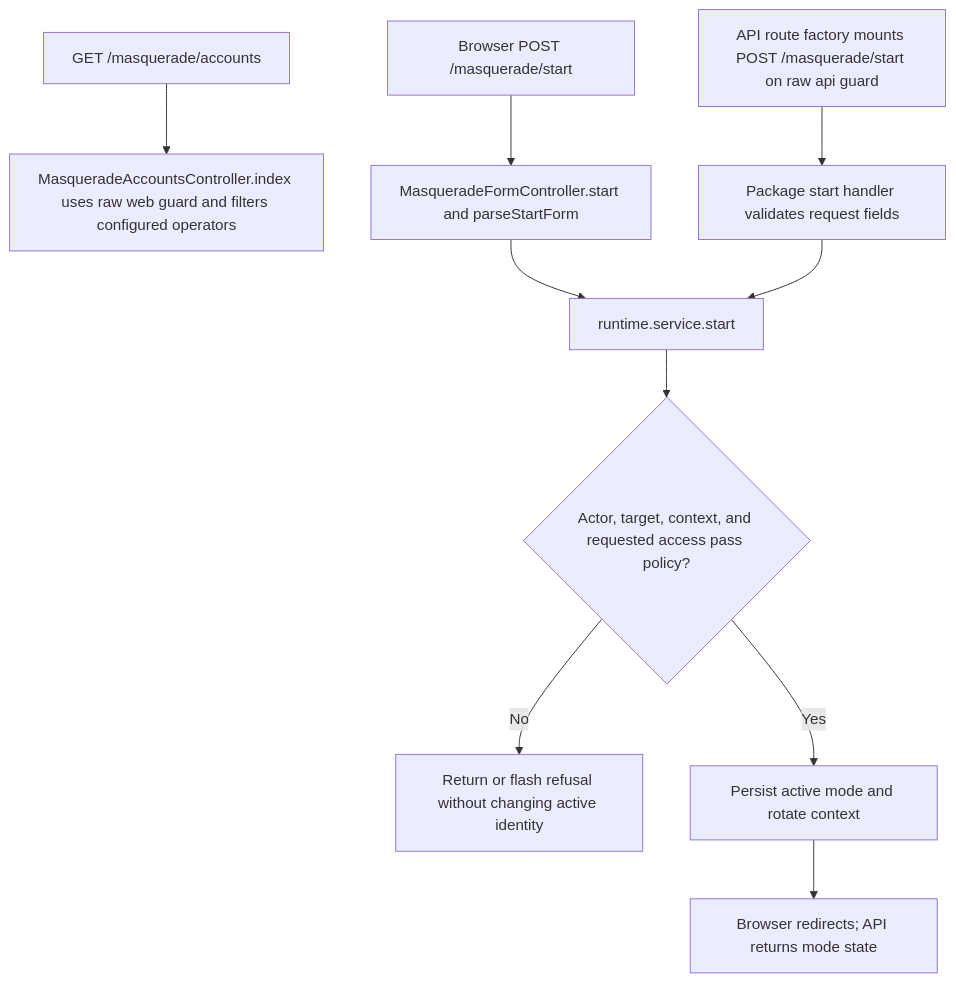
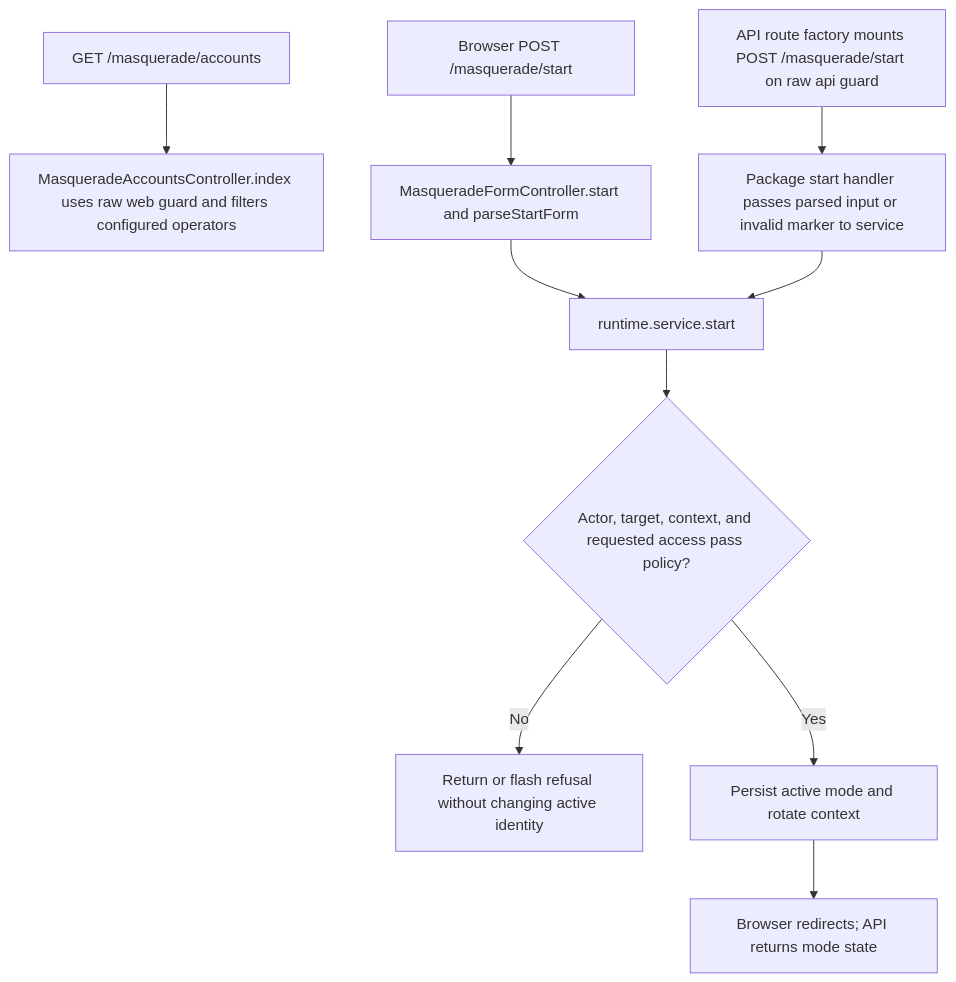
The second of 2 diagrams in user-stories/support/us-masq-01-start-support-mode.md (Kevinjohn/oss-adonisjs-starter-examples), drawn with Mermaid before and after one commit. The commit also changed 29 other files, not shown here.

````diff
--- a/user-stories/support/us-masq-01-start-support-mode.md
+++ b/user-stories/support/us-masq-01-start-support-mode.md
@@ -45,12 +45,12 @@
 ```mermaid
 flowchart TD
     A["GET /masquerade/accounts"] --> B["MasqueradeAccountsController.index uses raw web guard and filters configured operators"]
     C["Browser POST /masquerade/start"] --> D["MasqueradeFormController.start and parseStartForm"]
-    E["API route factory mounts POST /masquerade/start on raw api guard"] --> F["Package start handler validates request fields"]
+    E["API route factory mounts POST /masquerade/start on raw api guard"] --> F["Package start handler passes parsed input or invalid marker to service"]
     D --> G["runtime.service.start"]
     F --> G
     G --> H{"Actor, target, context, and requested access pass policy?"}
     H -->|No| I["Return or flash refusal without changing active identity"]
     H -->|Yes| J["Persist active mode and rotate context"]
     J --> K["Browser redirects; API returns mode state"]
 ```
````
